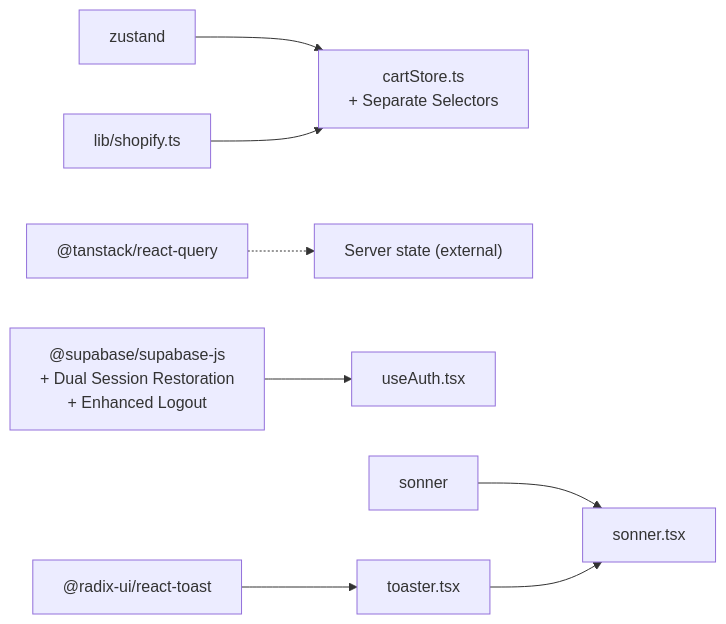
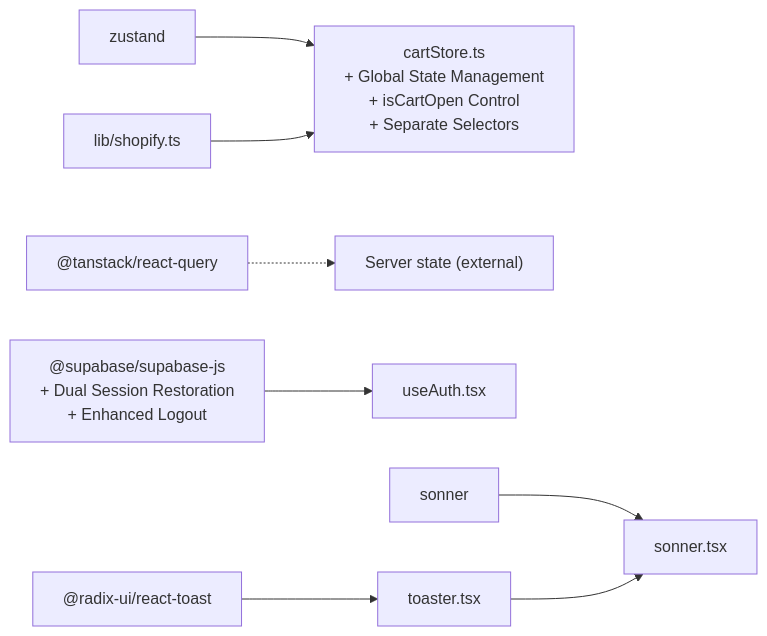
The sixth of 6 diagrams in .qoder/repowiki/en/content/State Management.md (Hawky1/ryland), drawn with Mermaid before and after one commit. The commit also changed other lines of this file and 26 other files, not shown here.

````diff
--- a/.qoder/repowiki/en/content/State Management.md
+++ b/.qoder/repowiki/en/content/State Management.md
@@ -351,10 +391,10 @@
 ```mermaid
 graph LR
-ZUSTAND["zustand"] --> CARTSTORE["cartStore.ts<br/>+ Separate Selectors"]
+ZUSTAND["zustand"] --> CARTSTORE["cartStore.ts<br/>+ Global State Management<br/>+ isCartOpen Control<br/>+ Separate Selectors"]
 REACTQUERY["@tanstack/react-query"] -.-> SERVERSTATE["Server state (external)"]
 SUPABASE["@supabase/supabase-js<br/>+ Dual Session Restoration<br/>+ Enhanced Logout"] --> AUTHHOOK["useAuth.tsx"]
 SHOP["lib/shopify.ts"] --> CARTSTORE
 RADIX["@radix-ui/react-toast"] --> TOASTUI["toaster.tsx"]
 SONNER["sonner"] --> SONNERCOMP["sonner.tsx"]
 TOASTUI --> SONNERCOMP
 ```
````
